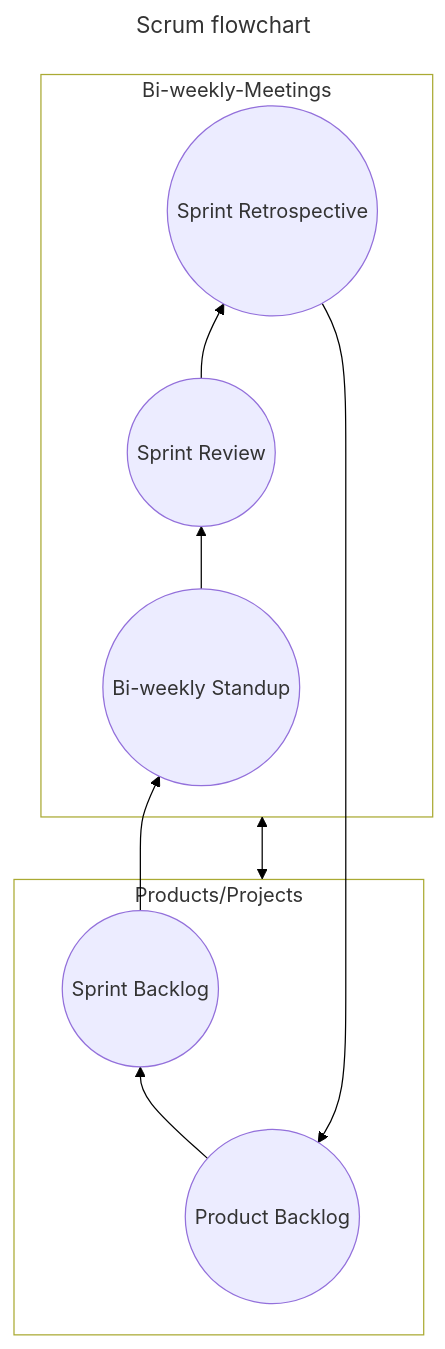
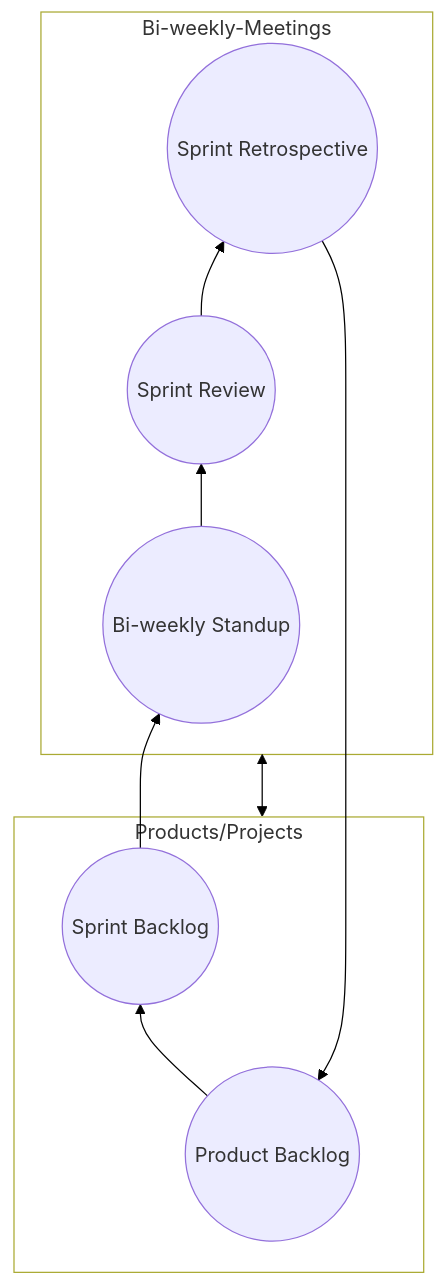
One commit to caids-datalab/caids-datalab.github.io changed the first of 2 diagrams in DAC_Report.qmd. Above: the diagram before and after it, drawn with Mermaid. The commit also changed other lines of this file and 3 other files, not shown here.

````diff
--- a/DAC_Report.qmd
+++ b/DAC_Report.qmd
@@ -164,60 +164,60 @@
 ```{mermaid}
 ---
-title: Scrum flowchart
+title:Scrum flowchart
 ---
 flowchart BT
 
 subgraph Products/Projects
 
 A((Product Backlog))
 
   
 
 B((Sprint Backlog))
 
 end
 
 subgraph Bi-weekly-Meetings
 
 C((Bi-weekly Standup))
 
   
 
 D((Sprint Review))
 
   
 
 E((Sprint Retrospective))
 
 end
 
   
 
 A --> B
 
   
 
 E --> A
 
   
 
 C --> D
 
   
 
 D --> E
 
   
 
 B --> C
 
   
 
 Products/Projects <--> Bi-weekly-Meetings
 
 style Products/Projects fill:#ffffff
 style Bi-weekly-Meetings fill:#ffffff
 linkStyle default stroke:black
 
   
 ```
````
